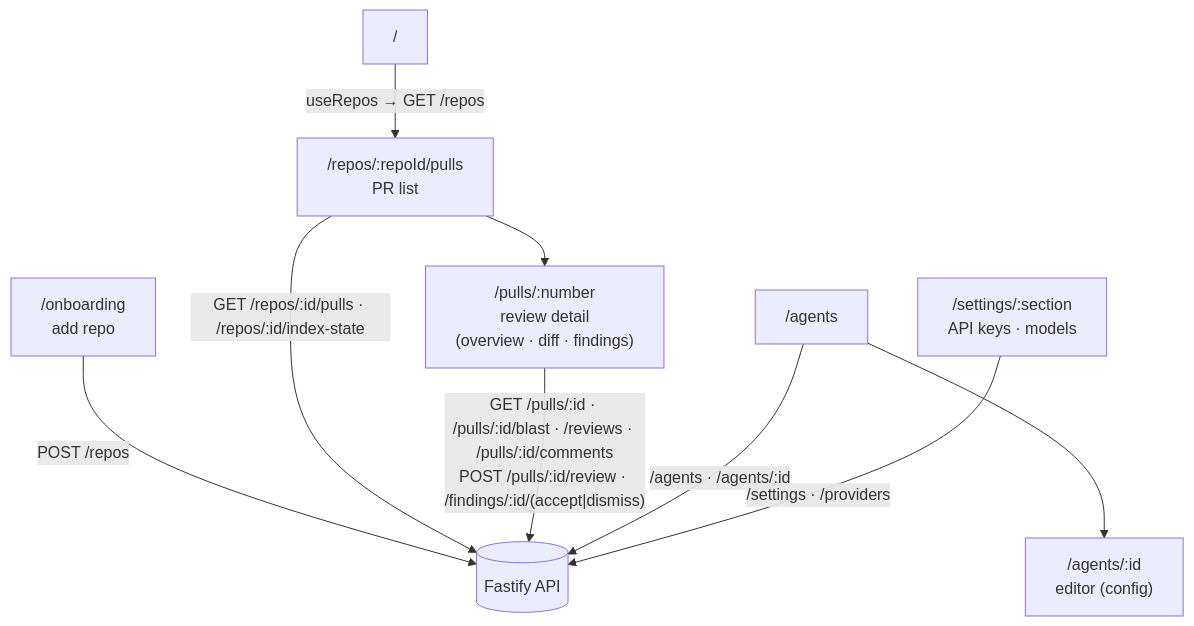
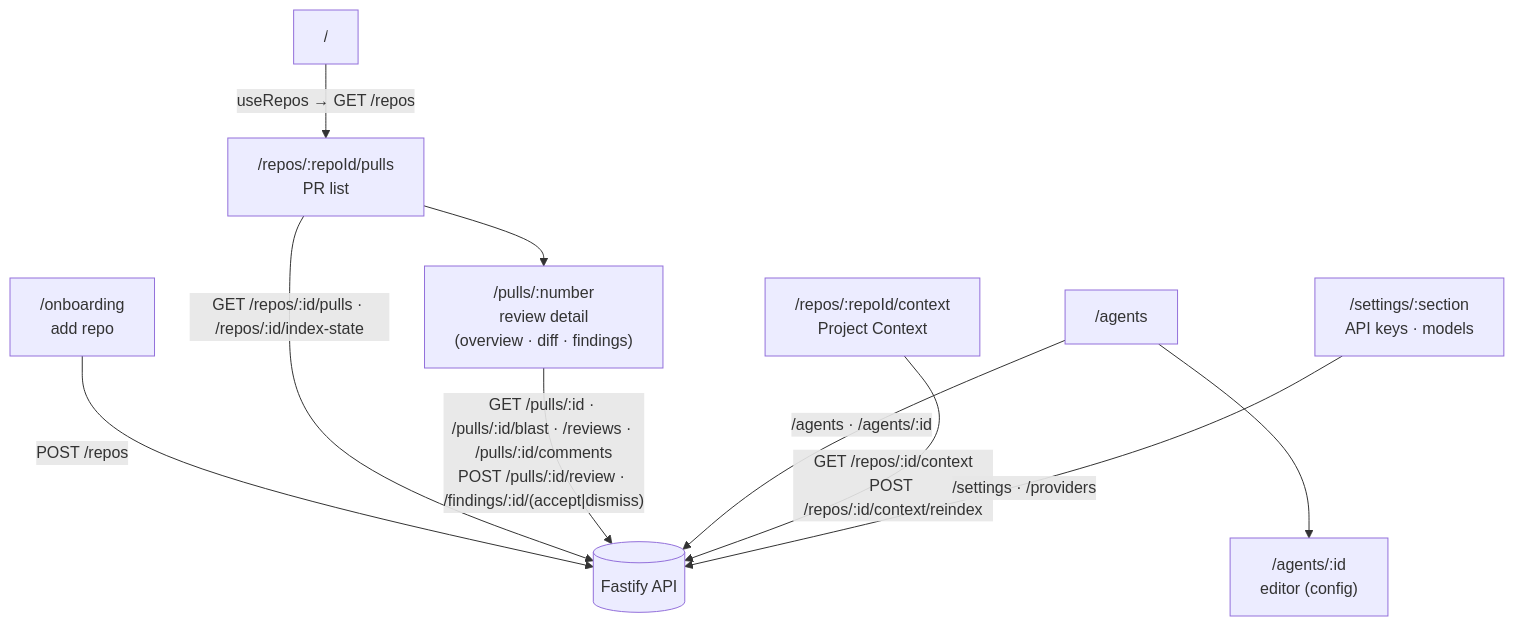
The diagram in client/README.md (tetiana-taranushchenko/dev-digest), drawn with Mermaid before and after one commit. The commit also changed 26 other files, not shown here.

````diff
--- a/client/README.md
+++ b/client/README.md
@@ -24,14 +24,16 @@
 ```mermaid
 flowchart TD
   ROOT["/"] -->|"useRepos → GET /repos"| PULLS["/repos/:repoId/pulls<br/>PR list"]
   ONB["/onboarding<br/>add repo"] -->|"POST /repos"| API[("Fastify API")]
   PULLS --> PR["/pulls/:number<br/>review detail<br/>(overview · diff · findings)"]
 
   AGENTS["/agents"] --> AGENT["/agents/:id<br/>editor (config)"]
+  CONTEXT["/repos/:repoId/context<br/>Project Context"]
   SETTINGS["/settings/:section<br/>API keys · models"]
 
   PULLS -->|"GET /repos/:id/pulls · /repos/:id/index-state"| API
   PR -->|"GET /pulls/:id · /pulls/:id/blast · /reviews · /pulls/:id/comments<br/>POST /pulls/:id/review · /findings/:id/(accept|dismiss)"| API
   AGENTS -->|"/agents · /agents/:id"| API
+  CONTEXT -->|"GET /repos/:id/context<br/>POST /repos/:id/context/reindex"| API
   SETTINGS -->|"/settings · /providers"| API
 ```
````
